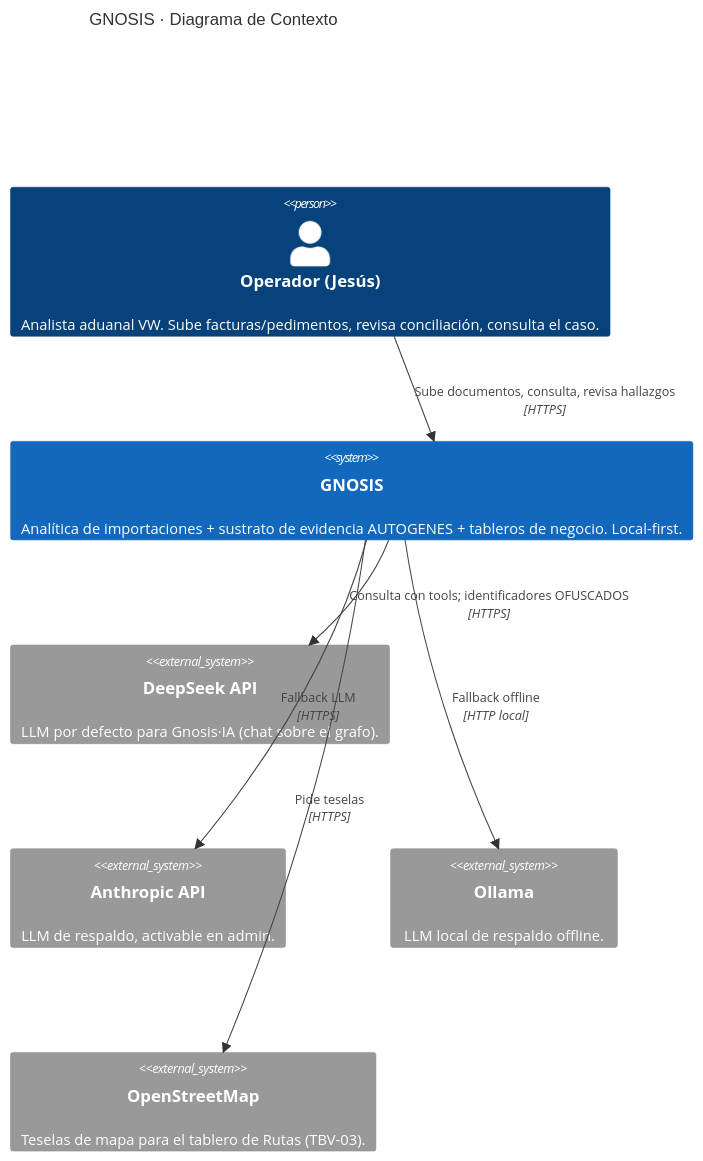
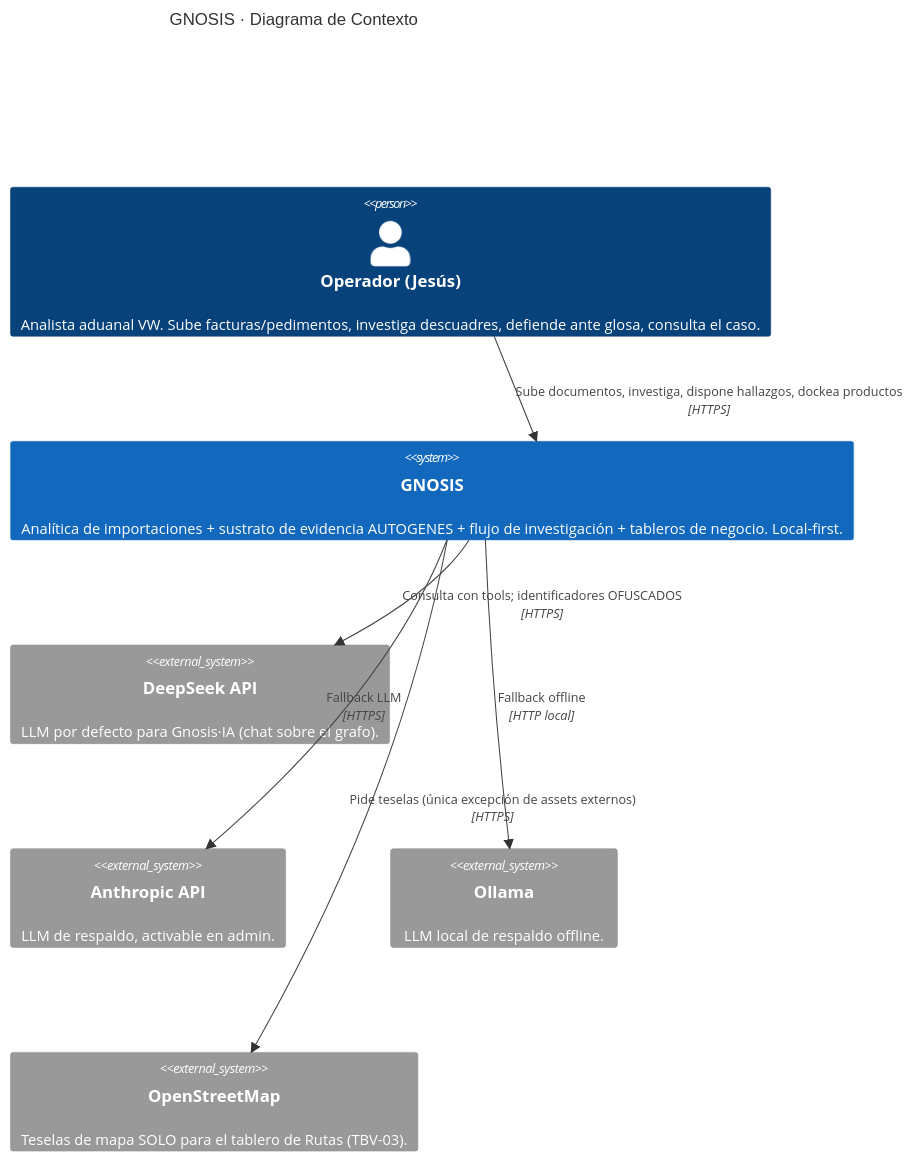
One commit to Allogenes-Umwelt/GNOSIS changed the first of 10 diagrams in docs/ARQUITECTURA.md. Above: the diagram before and after it, drawn with Mermaid. The commit also changed other lines of this file, not shown here.

First line of the commit message:
docs(arquitectura): full-application atlas — C4, BPMN, ER, frontend surface map

````diff
--- a/docs/ARQUITECTURA.md
+++ b/docs/ARQUITECTURA.md
@@ -28,21 +52,21 @@
 ```mermaid
 C4Context
     title GNOSIS · Diagrama de Contexto
 
-    Person(operador, "Operador (Jesús)", "Analista aduanal VW. Sube facturas/pedimentos, revisa conciliación, consulta el caso.")
+    Person(operador, "Operador (Jesús)", "Analista aduanal VW. Sube facturas/pedimentos, investiga descuadres, defiende ante glosa, consulta el caso.")
 
-    System(gnosis, "GNOSIS", "Analítica de importaciones + sustrato de evidencia AUTOGENES + tableros de negocio. Local-first.")
+    System(gnosis, "GNOSIS", "Analítica de importaciones + sustrato de evidencia AUTOGENES + flujo de investigación + tableros de negocio. Local-first.")
 
     System_Ext(deepseek, "DeepSeek API", "LLM por defecto para Gnosis·IA (chat sobre el grafo).")
     System_Ext(anthropic, "Anthropic API", "LLM de respaldo, activable en admin.")
     System_Ext(ollama, "Ollama", "LLM local de respaldo offline.")
-    System_Ext(osm, "OpenStreetMap", "Teselas de mapa para el tablero de Rutas (TBV-03).")
+    System_Ext(osm, "OpenStreetMap", "Teselas de mapa SOLO para el tablero de Rutas (TBV-03).")
 
-    Rel(operador, gnosis, "Sube documentos, consulta, revisa hallazgos", "HTTPS")
+    Rel(operador, gnosis, "Sube documentos, investiga, dispone hallazgos, dockea productos", "HTTPS")
     Rel(gnosis, deepseek, "Consulta con tools; identificadores OFUSCADOS", "HTTPS")
     Rel(gnosis, anthropic, "Fallback LLM", "HTTPS")
     Rel(gnosis, ollama, "Fallback offline", "HTTP local")
-    Rel(gnosis, osm, "Pide teselas", "HTTPS")
+    Rel(gnosis, osm, "Pide teselas (única excepción de assets externos)", "HTTPS")
 
     UpdateLayoutConfig($c4ShapeInRow="3", $c4BoundaryInRow="1")
 ```
````
